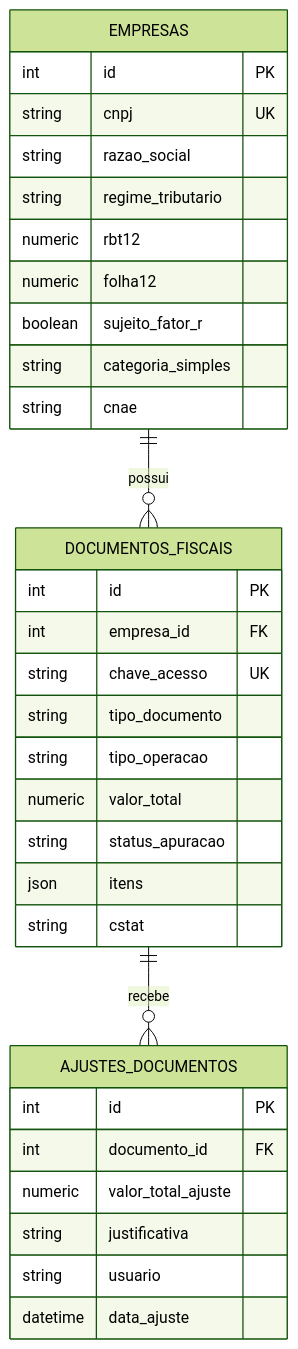
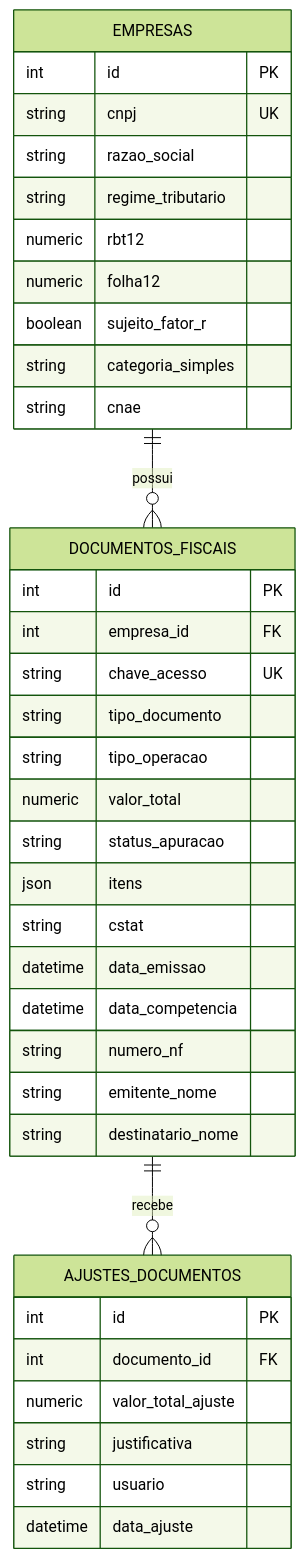
One commit to steniorochac-sudo/Conversor_de_Xml changed the first of 2 diagrams in project_mapping.md. Above: the diagram before and after it, drawn with Mermaid (forest theme). The commit also changed other lines of this file and 5 other files, not shown here.

Commit message:
feat: separar data de emissao real da data de competencia fiscal

````diff
--- a/project_mapping.md
+++ b/project_mapping.md
@@ -119,38 +119,43 @@
 ```mermaid
 erDiagram
     EMPRESAS ||--o{ DOCUMENTOS_FISCAIS : "possui"
     DOCUMENTOS_FISCAIS ||--o{ AJUSTES_DOCUMENTOS : "recebe"
 
     EMPRESAS {
         int id PK
         string cnpj UK
         string razao_social
         string regime_tributario
         numeric rbt12
         numeric folha12
         boolean sujeito_fator_r
         string categoria_simples
         string cnae
     }
 
     DOCUMENTOS_FISCAIS {
         int id PK
         int empresa_id FK
         string chave_acesso UK
         string tipo_documento
         string tipo_operacao
         numeric valor_total
         string status_apuracao
         json itens
         string cstat
+        datetime data_emissao
+        datetime data_competencia
+        string numero_nf
+        string emitente_nome
+        string destinatario_nome
     }
 
     AJUSTES_DOCUMENTOS {
         int id PK
         int documento_id FK
         numeric valor_total_ajuste
         string justificativa
         string usuario
         datetime data_ajuste
     }
 ```
````
